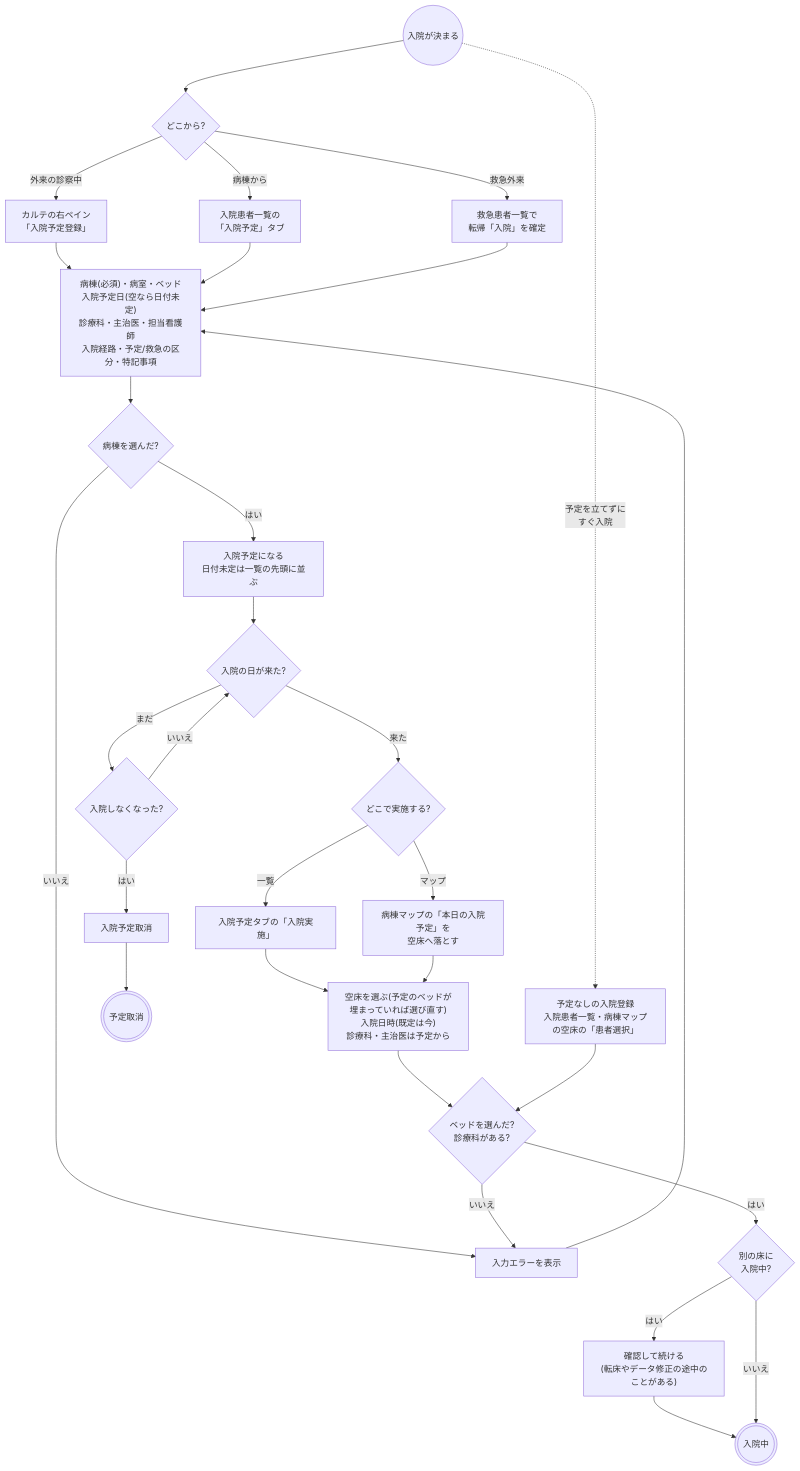
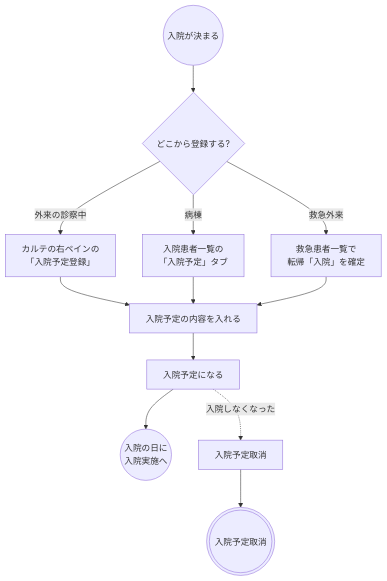
One commit to ysnr-dev/fhir-client-docs changed the second of 8 diagrams in docs/flows/admission-discharge.md. Above: the diagram before and after it, drawn with Mermaid. The commit also changed other lines of this file and 43 other files, not shown here.

Commit message:
docs: 業務フローとシーケンス図を写し直し

````diff
--- a/docs/flows/admission-discharge.md
+++ b/docs/flows/admission-discharge.md
@@ -82,45 +122,20 @@
 ```mermaid
 flowchart TD
   open(("入院が決まる"))
-  from{"どこから?"}
-  karte["カルテの右ペイン<br/>「入院予定登録」"]
+  from{"どこから登録する?"}
+  karte["カルテの右ペインの<br/>「入院予定登録」"]
   list["入院患者一覧の<br/>「入院予定」タブ"]
   er["救急患者一覧で<br/>転帰「入院」を確定"]
-  form["病棟(必須)・病室・ベッド<br/>入院予定日(空なら日付未定)<br/>診療科・主治医・担当看護師<br/>入院経路・予定/救急の区分・特記事項"]
-  wardQ{"病棟を選んだ?"}
-  error["入力エラーを表示"]
-  planned["入院予定になる<br/>日付未定は一覧の先頭に並ぶ"]
-  wait{"入院の日が来た?"}
-  cancelQ{"入院しなくなった?"}
+  form["入院予定の内容を入れる"]
+  planned["入院予定になる"]
+  next(("入院の日に<br/>入院実施へ"))
   cancelPlan["入院予定取消"]
-  exec{"どこで実施する?"}
-  fromList["入院予定タブの「入院実施」"]
-  fromMap["病棟マップの「本日の入院予定」を<br/>空床へ落とす"]
-  execForm["空床を選ぶ(予定のベッドが埋まっていれば選び直す)<br/>入院日時(既定は今)<br/>診療科・主治医は予定から"]
-  bedQ{"ベッドを選んだ?<br/>診療科がある?"}
-  dupQ{"別の床に<br/>入院中?"}
-  confirm["確認して続ける<br/>(転床やデータ修正の途中のことがある)"]
-  admitted((("入院中")))
-  cancelled((("予定取消")))
-  direct["予定なしの入院登録<br/>入院患者一覧・病棟マップの空床の「患者選択」"]
+  cancelled((("入院予定取消")))
 
   open --> from
   from -- "外来の診察中" --> karte --> form
-  from -- "病棟から" --> list --> form
+  from -- "病棟" --> list --> form
   from -- "救急外来" --> er --> form
-  form --> wardQ
-  wardQ -- "いいえ" --> error --> form
-  wardQ -- "はい" --> planned --> wait
-  wait -- "まだ" --> cancelQ
-  cancelQ -- "はい" --> cancelPlan --> cancelled
-  cancelQ -- "いいえ" --> wait
-  wait -- "来た" --> exec
-  exec -- "一覧" --> fromList --> execForm
-  exec -- "マップ" --> fromMap --> execForm
-  execForm --> bedQ
-  bedQ -- "いいえ" --> error
-  bedQ -- "はい" --> dupQ
-  dupQ -- "はい" --> confirm --> admitted
-  dupQ -- "いいえ" --> admitted
-  open -. "予定を立てずに<br/>すぐ入院" .-> direct --> bedQ
+  form --> planned --> next
+  planned -. "入院しなくなった" .-> cancelPlan --> cancelled
 ```
````
